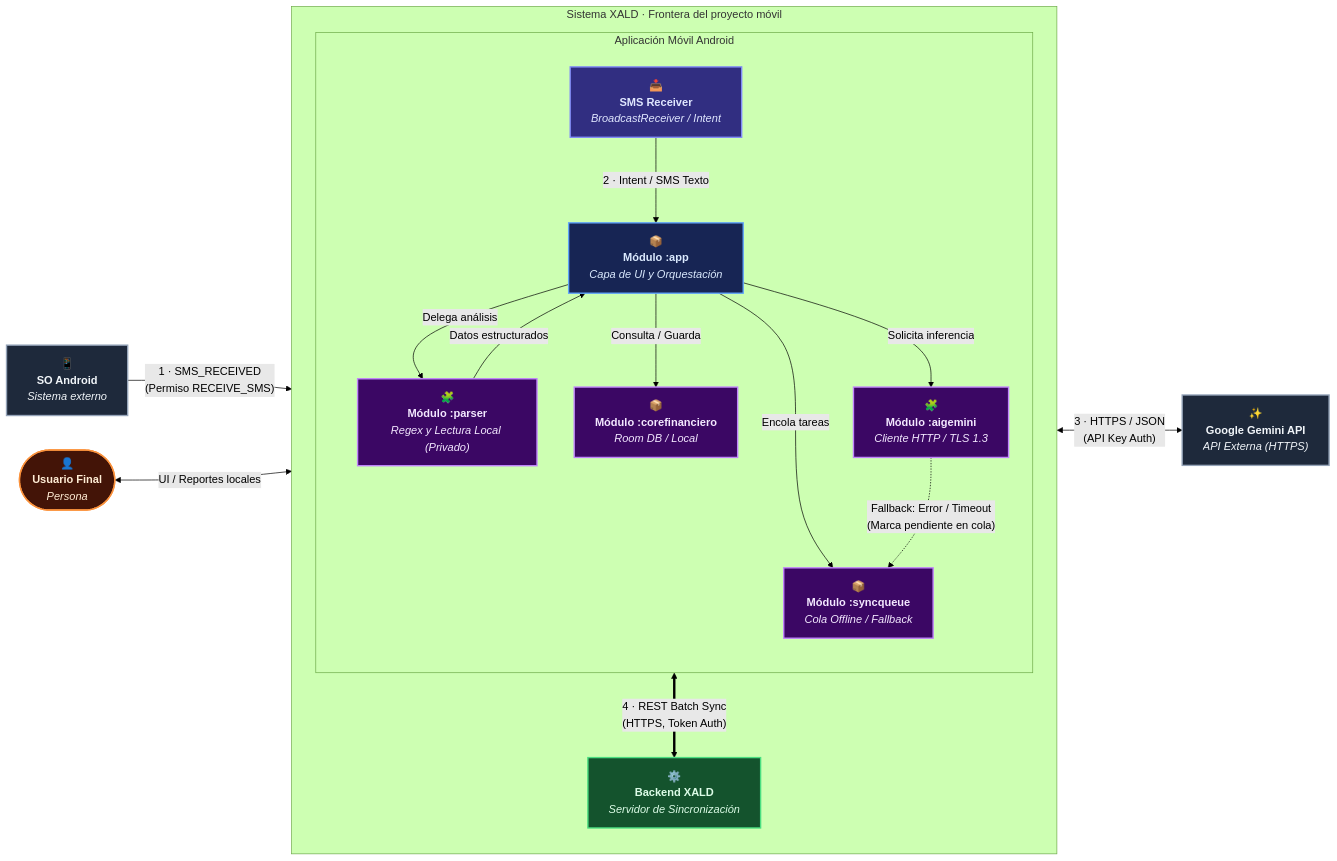
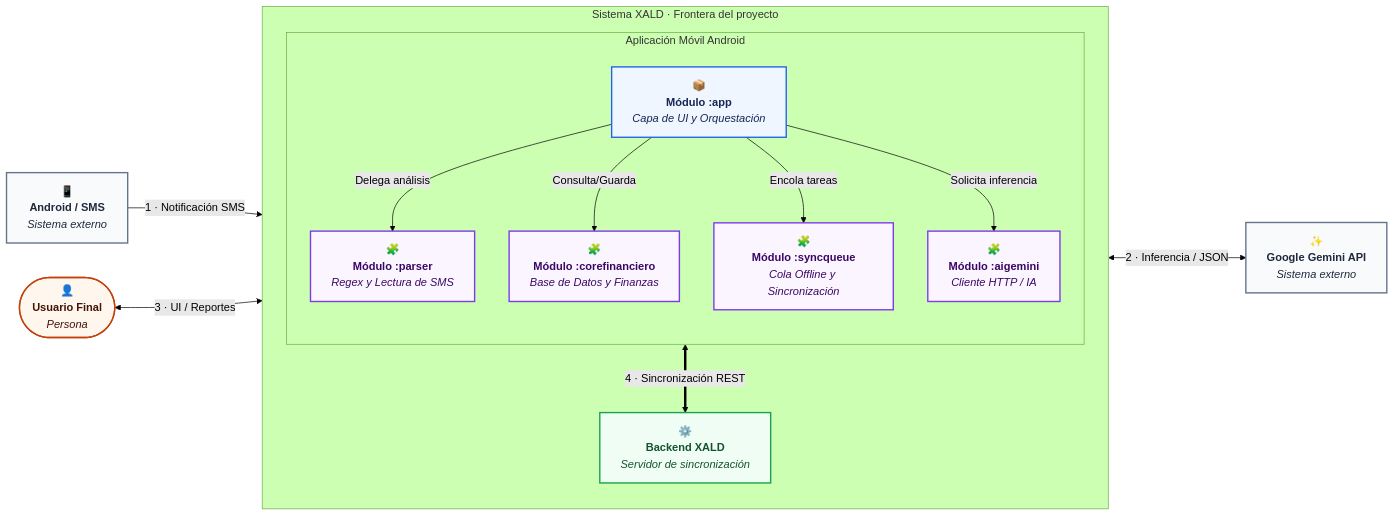
One commit to ISCOUTB/AS_202620_XALD changed the second of 2 diagrams in docs/c4/c4.md. Above: the diagram before and after it, drawn with Mermaid (forest theme). The commit also changed other lines of this file, not shown here.

First line of the commit message:
Revise C2 container descriptions and flow interactions

````diff
--- a/docs/c4/c4.md
+++ b/docs/c4/c4.md
@@ -83,49 +81,43 @@
 ```mermaid
 flowchart LR
     User(["👤<br/><b>Usuario Final</b><br/><i>Persona</i>"])
-    AndroidExt["📱<br/><b>SO Android</b><br/><i>Sistema externo</i>"]
-    Gemini["✨<br/><b>Google Gemini API</b><br/><i>API Externa (HTTPS)</i>"]
+    Android["📱<br/><b>Android / SMS</b><br/><i>Sistema externo</i>"]
+    Gemini["✨<br/><b>Google Gemini API</b><br/><i>Sistema externo</i>"]
 
-    subgraph sistema["Sistema XALD · Frontera del proyecto móvil"]
+    subgraph sistema["Sistema XALD · Frontera del proyecto"]
         direction TB
         
         subgraph app_group["Aplicación Móvil Android"]
             direction TB
-            SMSReceiver["📥<br/><b>SMS Receiver</b><br/><i>BroadcastReceiver / Intent</i>"]
             App["📦<br/><b>Módulo :app</b><br/><i>Capa de UI y Orquestación</i>"]
-            Parser["🧩<br/><b>Módulo :parser</b><br/><i>Regex y Lectura Local (Privado)</i>"]
-            Core["📦<br/><b>Módulo :corefinanciero</b><br/><i>Room DB / Local</i>"]
-            Sync["📦<br/><b>Módulo :syncqueue</b><br/><i>Cola Offline / Fallback</i>"]
-            AI["🧩<br/><b>Módulo :aigemini</b><br/><i>Cliente HTTP / TLS 1.3</i>"]
+            Parser["🧩<br/><b>Módulo :parser</b><br/><i>Regex y Lectura de SMS</i>"]
+            Core["🧩<br/><b>Módulo :corefinanciero</b><br/><i>Base de Datos y Finanzas</i>"]
+            Sync["🧩<br/><b>Módulo :syncqueue</b><br/><i>Cola Offline y Sincronización</i>"]
+            AI["🧩<br/><b>Módulo :aigemini</b><br/><i>Cliente HTTP / IA</i>"]
         end
 
-        Backend["⚙️<br/><b>Backend XALD</b><br/><i>Servidor de Sincronización</i>"]
+        Backend["⚙️<br/><b>Backend XALD</b><br/><i>Servidor de sincronización</i>"]
 
-        SMSReceiver -->|"2 · Intent / SMS Texto"| App
         App -->|"Delega análisis"| Parser
-        Parser -->|"Datos estructurados"| App
-        App -->|"Consulta / Guarda"| Core
+        App -->|"Consulta/Guarda"| Core
         App -->|"Encola tareas"| Sync
         App -->|"Solicita inferencia"| AI
-        AI -.->|"Fallback: Error / Timeout<br/>(Marca pendiente en cola)"| Sync
-        Sync <==>|"4 · REST Batch Sync<br/>(HTTPS, Token Auth)"| Backend
+        Sync <==>|"4 · Sincronización REST"| Backend
     end
 
-    AndroidExt -->|"1 · SMS_RECEIVED<br/>(Permiso RECEIVE_SMS)"| SMSReceiver
-    AI <-->|"3 · HTTPS / JSON<br/>(API Key Auth)"| Gemini
-    User <-->|"UI / Reportes locales"| App
+    Android -->|"1 · Notificación SMS"| App
+    AI <-->|"2 · Inferencia / JSON"| Gemini
+    User <-->|"3 · UI / Reportes"| App
 
-    classDef person fill:#431407,stroke:#fb923c,stroke-width:2px,color:#ffedd5
-    classDef central fill:#172554,stroke:#60a5fa,stroke-width:2px,color:#dbeafe
-    classDef module fill:#3b0764,stroke:#c084fc,stroke-width:2px,color:#f3e8ff
-    classDef backend fill:#14532d,stroke:#4ade80,stroke-width:2px,color:#dcfce7
-    classDef external fill:#1e293b,stroke:#94a3b8,stroke-width:2px,color:#f1f5f9
-    classDef receiver fill:#312e81,stroke:#818cf8,stroke-width:2px,color:#e0e7ff
+    classDef person fill:#fff7ed,stroke:#c2410c,stroke-width:2px,color:#431407
+    classDef central fill:#eff6ff,stroke:#2563eb,stroke-width:2px,color:#172554
+    classDef module fill:#faf5ff,stroke:#7c3aed,stroke-width:2px,color:#3b0764
+    classDef backend fill:#f0fdf4,stroke:#16a34a,stroke-width:2px,color:#14532d
+    classDef external fill:#f8fafc,stroke:#64748b,stroke-width:2px,color:#1e293b
 
     class User person
     class App central
-    class SMSReceiver receiver
     class Parser,Core,Sync,AI module
     class Backend backend
-    class AndroidExt,Gemini external
+    class Android,Gemini external
 ```
````
